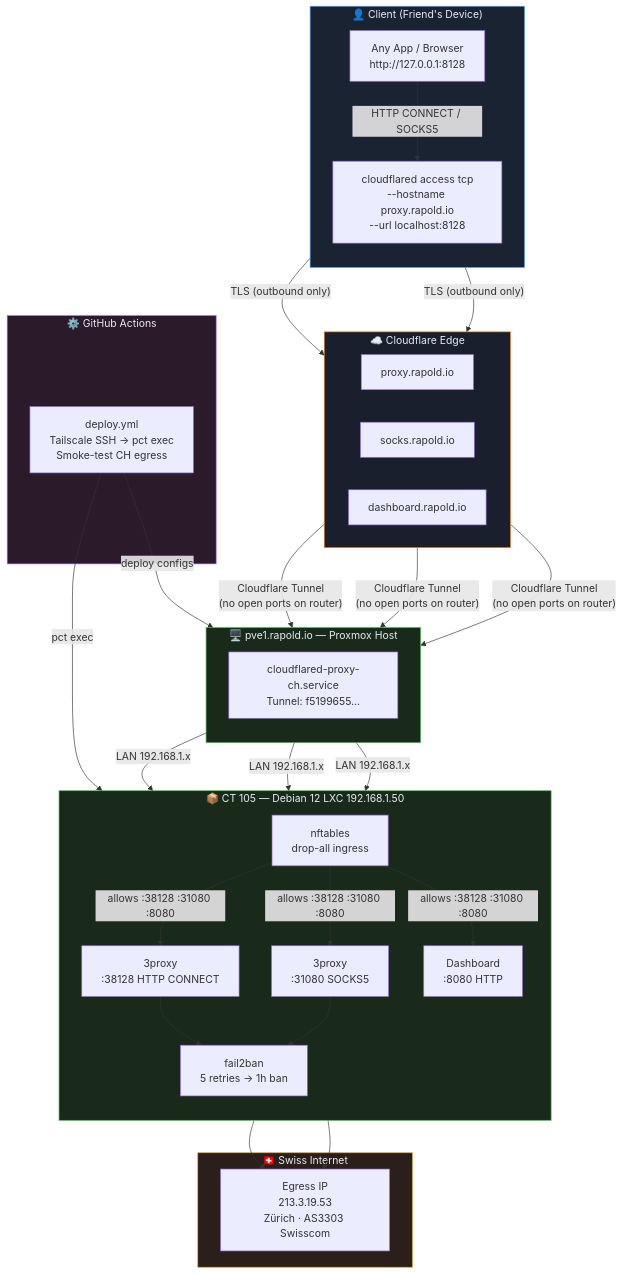
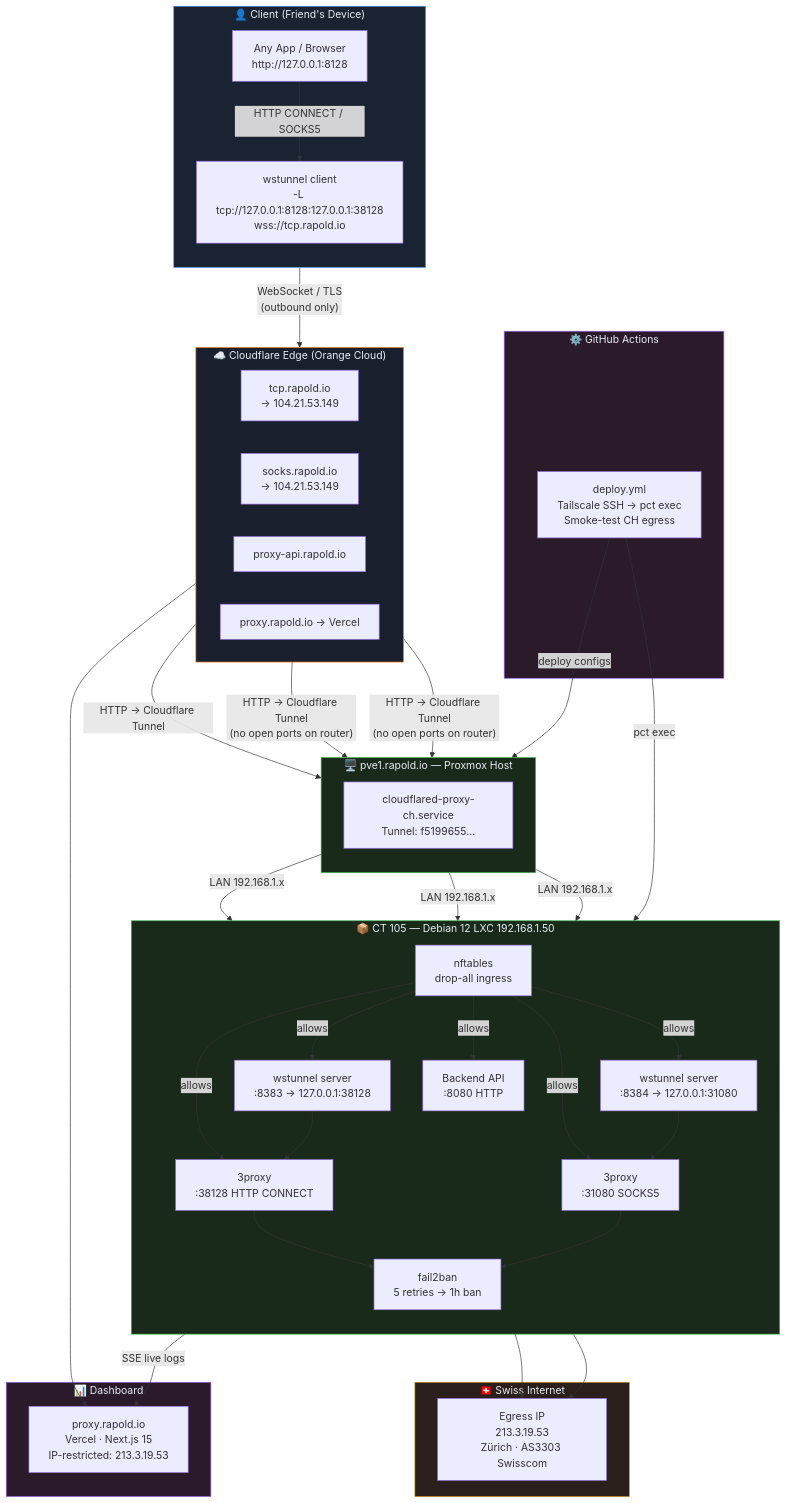
Before and after one commit to muraschal/proxy: the diagram in README.md, drawn with Mermaid. The commit also changed other lines of this file and 6 other files, not shown here.

First line of the commit message:
Switch client tunnel from cloudflared to wstunnel WebSocket bridge

````diff
--- a/README.md
+++ b/README.md
@@ -40,60 +40,68 @@
 ```mermaid
 flowchart TD
     subgraph CLIENT["👤 Client (Friend's Device)"]
         direction TB
-        CL["cloudflared access tcp\n--hostname proxy.rapold.io\n--url localhost:8128"]
+        WS["wstunnel client\n-L tcp://127.0.0.1:8128:127.0.0.1:38128\nwss://tcp.rapold.io"]
         APP["Any App / Browser\nhttp://127.0.0.1:8128"]
-        APP -->|HTTP CONNECT / SOCKS5| CL
+        APP -->|HTTP CONNECT / SOCKS5| WS
     end
 
-    subgraph CF["☁️ Cloudflare Edge"]
+    subgraph CF["☁️ Cloudflare Edge (Orange Cloud)"]
         direction LR
-        DNS_H["proxy.rapold.io"]
-        DNS_S["socks.rapold.io"]
-        DNS_D["dashboard.rapold.io"]
+        DNS_H["tcp.rapold.io\n→ 104.21.53.149"]
+        DNS_S["socks.rapold.io\n→ 104.21.53.149"]
+        DNS_D["proxy-api.rapold.io"]
+        DNS_DASH["proxy.rapold.io → Vercel"]
     end
 
     subgraph PVE["🖥️ pve1.rapold.io — Proxmox Host"]
         direction TB
         CFD["cloudflared-proxy-ch.service\nTunnel: f5199655…"]
     end
 
     subgraph LXC["📦 CT 105 — Debian 12 LXC  192.168.1.50"]
         direction TB
+        WSS_H["wstunnel server\n:8383 → 127.0.0.1:38128"]
+        WSS_S["wstunnel server\n:8384 → 127.0.0.1:31080"]
         P38["3proxy\n:38128 HTTP CONNECT"]
         P31["3proxy\n:31080 SOCKS5"]
-        DASH["Dashboard\n:8080 HTTP"]
+        API["Backend API\n:8080 HTTP"]
         NFT["nftables\ndrop-all ingress"]
         F2B["fail2ban\n5 retries → 1h ban"]
 
-        NFT -->|allows :38128 :31080 :8080| P38
-        NFT -->|allows :38128 :31080 :8080| P31
-        NFT -->|allows :38128 :31080 :8080| DASH
+        NFT -->|allows| WSS_H & WSS_S & P38 & P31 & API
+        WSS_H --> P38
+        WSS_S --> P31
         P38 & P31 --> F2B
     end
 
     subgraph CH["🇨🇭 Swiss Internet"]
         EGR["Egress IP\n213.3.19.53\nZürich · AS3303 Swisscom"]
     end
 
-    CL -->|"TLS (outbound only)"| DNS_H
-    CL -->|"TLS (outbound only)"| DNS_S
-    DNS_H & DNS_S & DNS_D -->|"Cloudflare Tunnel\n(no open ports on router)"| CFD
-    CFD -->|"LAN 192.168.1.x"| P38
-    CFD -->|"LAN 192.168.1.x"| P31
-    CFD -->|"LAN 192.168.1.x"| DASH
+    WS -->|"WebSocket / TLS\n(outbound only)"| DNS_H
+    DNS_H & DNS_S -->|"HTTP → Cloudflare Tunnel\n(no open ports on router)"| CFD
+    DNS_D -->|"HTTP → Cloudflare Tunnel"| CFD
+    CFD -->|"LAN 192.168.1.x"| WSS_H & WSS_S & API
     P38 & P31 --> EGR
+
+    subgraph DASH["📊 Dashboard"]
+        VER["proxy.rapold.io\nVercel · Next.js 15\nIP-restricted: 213.3.19.53"]
+    end
+    DNS_DASH --> VER
+    API -->|"SSE live logs"| VER
 
     subgraph CICD["⚙️ GitHub Actions"]
         GHA["deploy.yml\nTailscale SSH → pct exec\nSmoke-test CH egress"]
     end
     GHA -->|"deploy configs"| PVE
     GHA -->|"pct exec"| LXC
 
     style CLIENT fill:#1a2332,stroke:#58a6ff,color:#e6edf3
     style CF     fill:#1a1f2e,stroke:#f6821f,color:#e6edf3
     style PVE    fill:#1a2a1a,stroke:#3fb950,color:#e6edf3
     style LXC    fill:#1a2a1a,stroke:#3fb950,color:#e6edf3
     style CH     fill:#2a1f1a,stroke:#d29922,color:#e6edf3
     style CICD   fill:#2a1a2a,stroke:#a371f7,color:#e6edf3
+    style DASH   fill:#2a1a2a,stroke:#a371f7,color:#e6edf3
 ```
````
